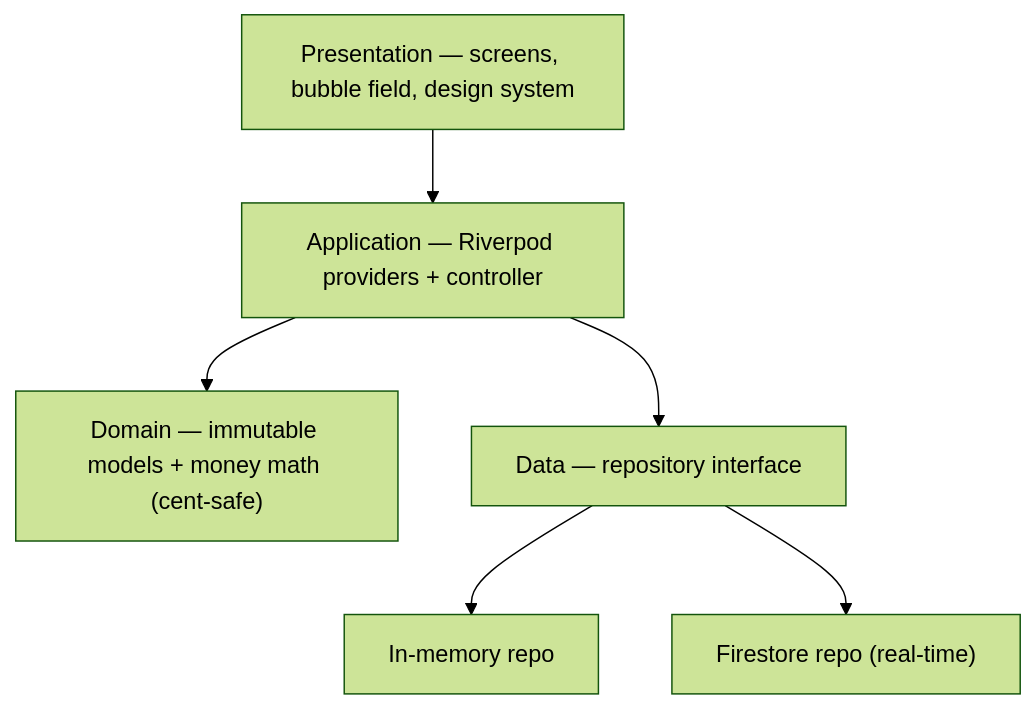
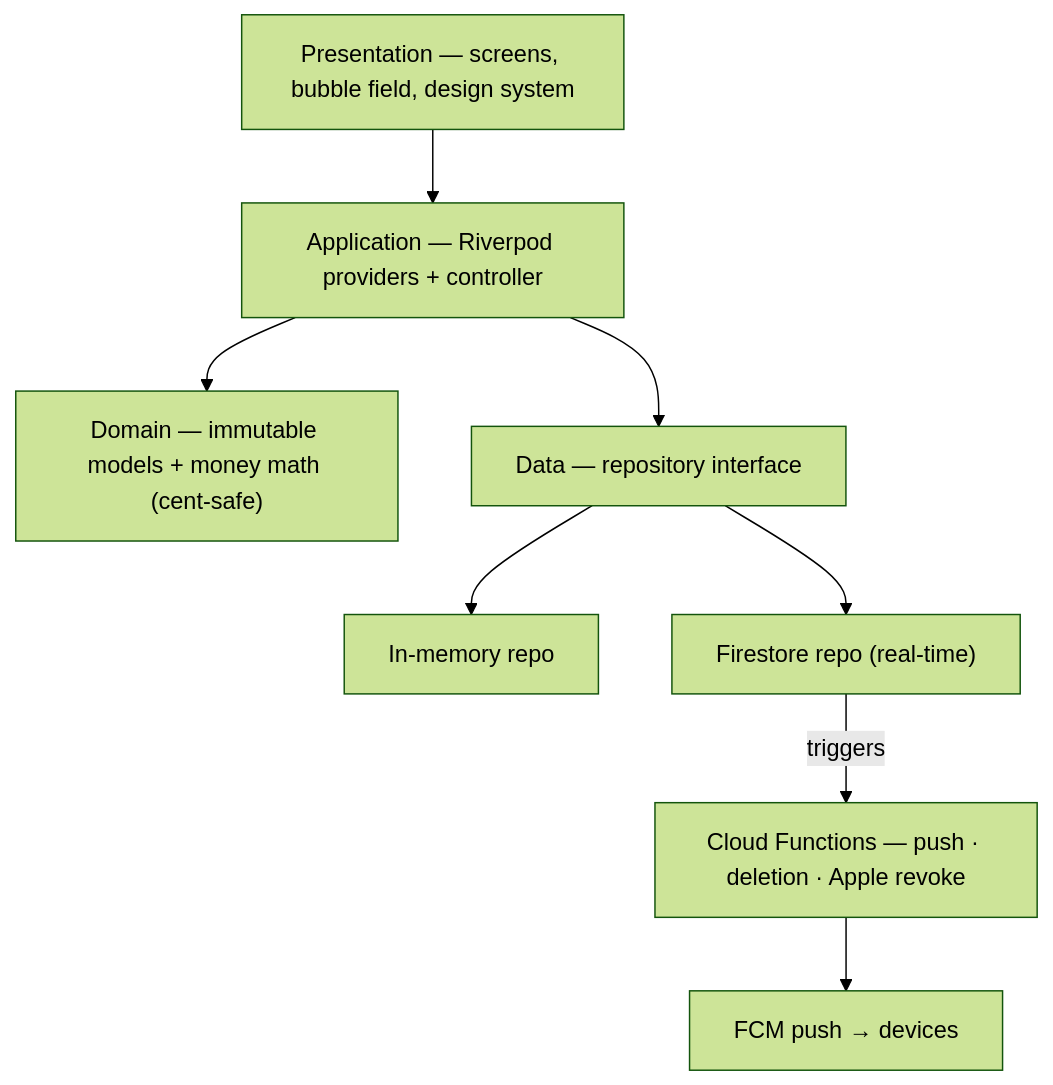
Before and after one commit to yeegz/Bupples-showcase: the diagram in README.md, drawn with Mermaid (forest theme). The commit also changed other lines of this file, not shown here.

First line of the commit message:
docs: refresh showcase — push notifications, receipts, Apple sign-in, Cloud Functions, host controls

````diff
--- a/README.md
+++ b/README.md
@@ -77,13 +91,16 @@
 ```mermaid
 flowchart TD
     UI["Presentation — screens, bubble field, design system"]
     APP["Application — Riverpod providers + controller"]
     DOM["Domain — immutable models + money math (cent-safe)"]
     DATA["Data — repository interface"]
     MEM["In-memory repo"]
     FS["Firestore repo (real-time)"]
+    FN["Cloud Functions — push · deletion · Apple revoke"]
+    FCM["FCM push → devices"]
     UI --> APP --> DOM
     APP --> DATA
     DATA --> MEM
     DATA --> FS
+    FS -- "triggers" --> FN --> FCM
 ```
````
